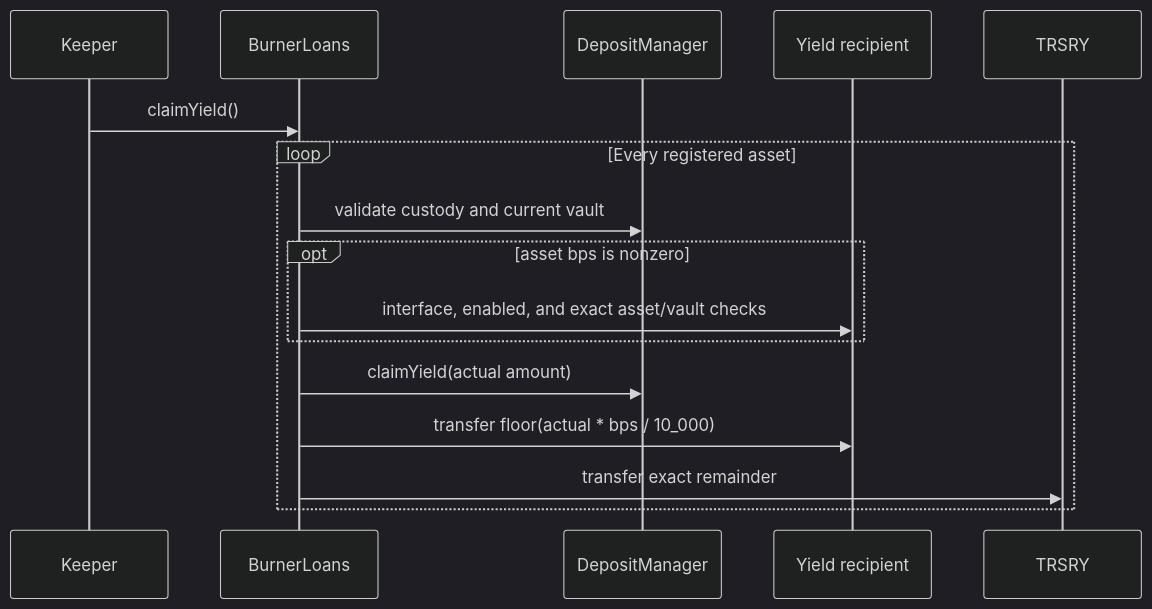
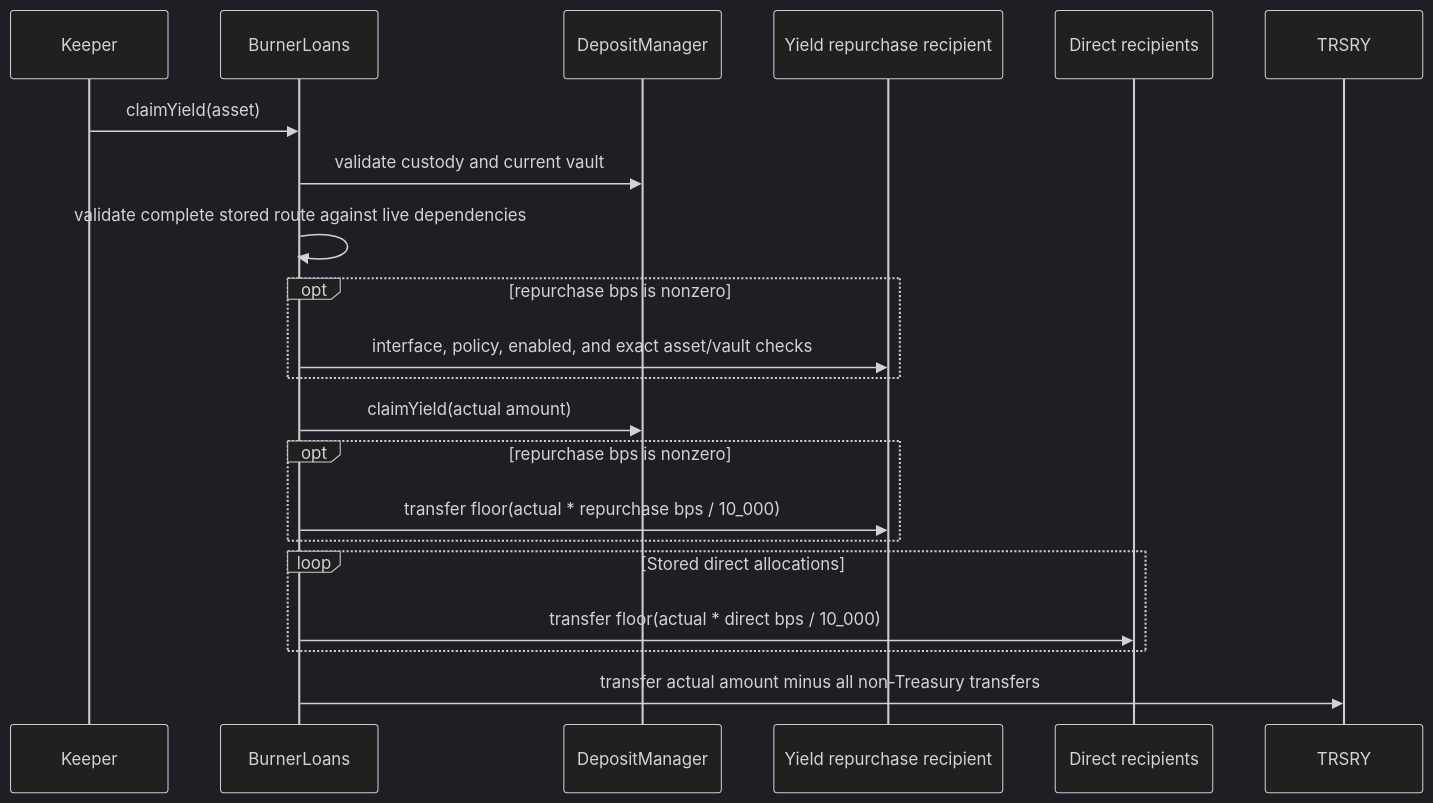
Before and after one commit to OlympusDAO/olympus-v3: the fifth of 6 diagrams in documentation/burner_loans.md, drawn with Mermaid (dark theme). The commit also changed other lines of this file and 51 other files, not shown here.

````diff
--- a/documentation/burner_loans.md
+++ b/documentation/burner_loans.md
@@ -277,19 +299,24 @@
 ```mermaid
 sequenceDiagram
     participant K as Keeper
     participant BL as BurnerLoans
     participant DM as DepositManager
-    participant R as Yield recipient
+    participant R as Yield repurchase recipient
+    participant D as Direct recipients
     participant T as TRSRY
 
-    K->>BL: claimYield()
-    loop Every registered asset
-        BL->>DM: validate custody and current vault
-        opt asset bps is nonzero
-            BL->>R: interface, enabled, and exact asset/vault checks
-        end
-        BL->>DM: claimYield(actual amount)
-        BL->>R: transfer floor(actual * bps / 10_000)
-        BL->>T: transfer exact remainder
+    K->>BL: claimYield(asset)
+    BL->>DM: validate custody and current vault
+    BL->>BL: validate complete stored route against live dependencies
+    opt repurchase bps is nonzero
+        BL->>R: interface, policy, enabled, and exact asset/vault checks
     end
+    BL->>DM: claimYield(actual amount)
+    opt repurchase bps is nonzero
+        BL->>R: transfer floor(actual * repurchase bps / 10_000)
+    end
+    loop Stored direct allocations
+        BL->>D: transfer floor(actual * direct bps / 10_000)
+    end
+    BL->>T: transfer actual amount minus all non-Treasury transfers
 ```
````
